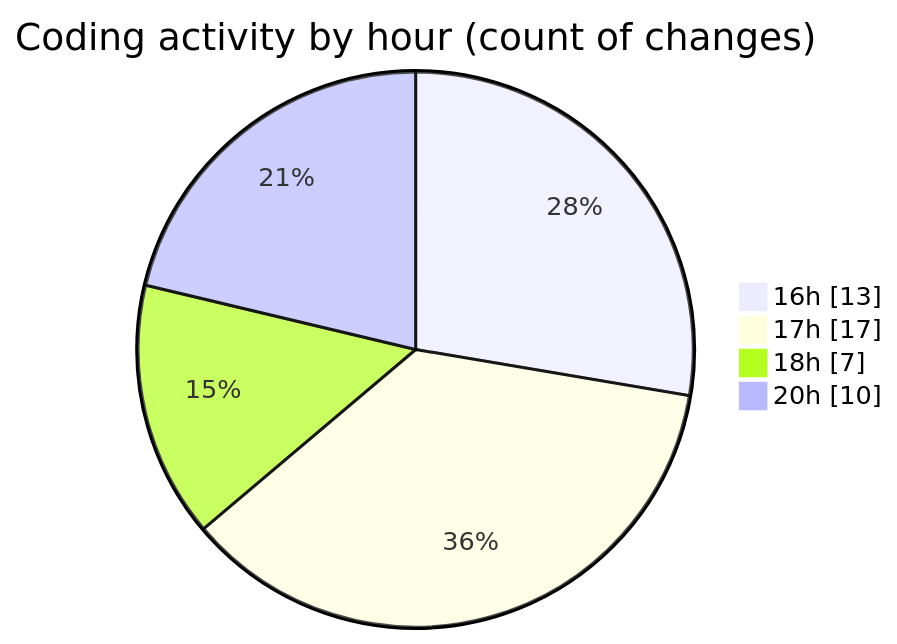
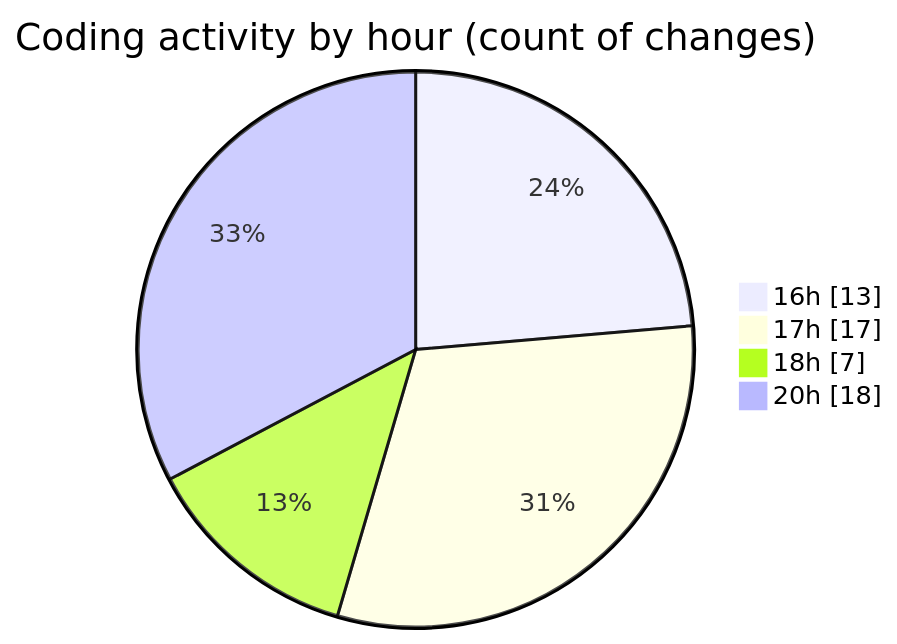
One commit to robertbonfada/code-tracking changed the second of 2 diagrams in 2025-05-20/mbc-web/README.md. Above: the diagram before and after it, drawn with Mermaid. The commit also changed other lines of this file and 1 other file, not shown here.

````diff
--- a/2025-05-20/mbc-web/README.md
+++ b/2025-05-20/mbc-web/README.md
@@ -36,8 +36,8 @@
 ```mermaid
 pie showData
 title Coding activity by hour (count of changes)
 "16h" : 13
 "17h" : 17
 "18h" : 7
-"20h" : 10
+"20h" : 18
 ```
````
